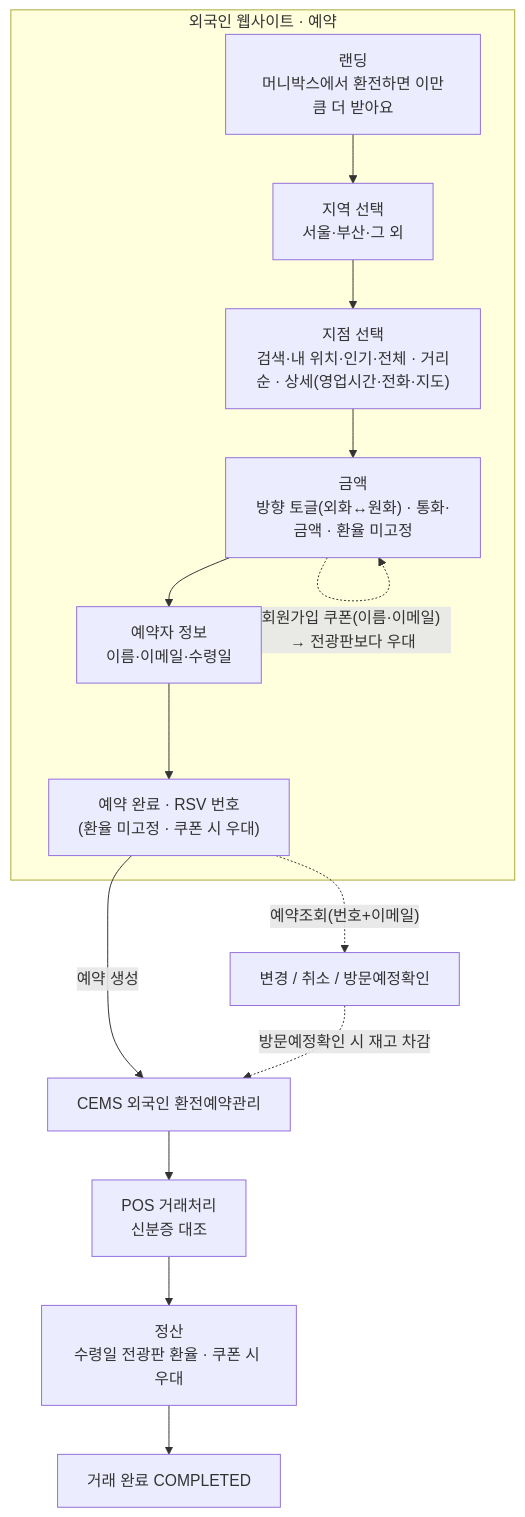
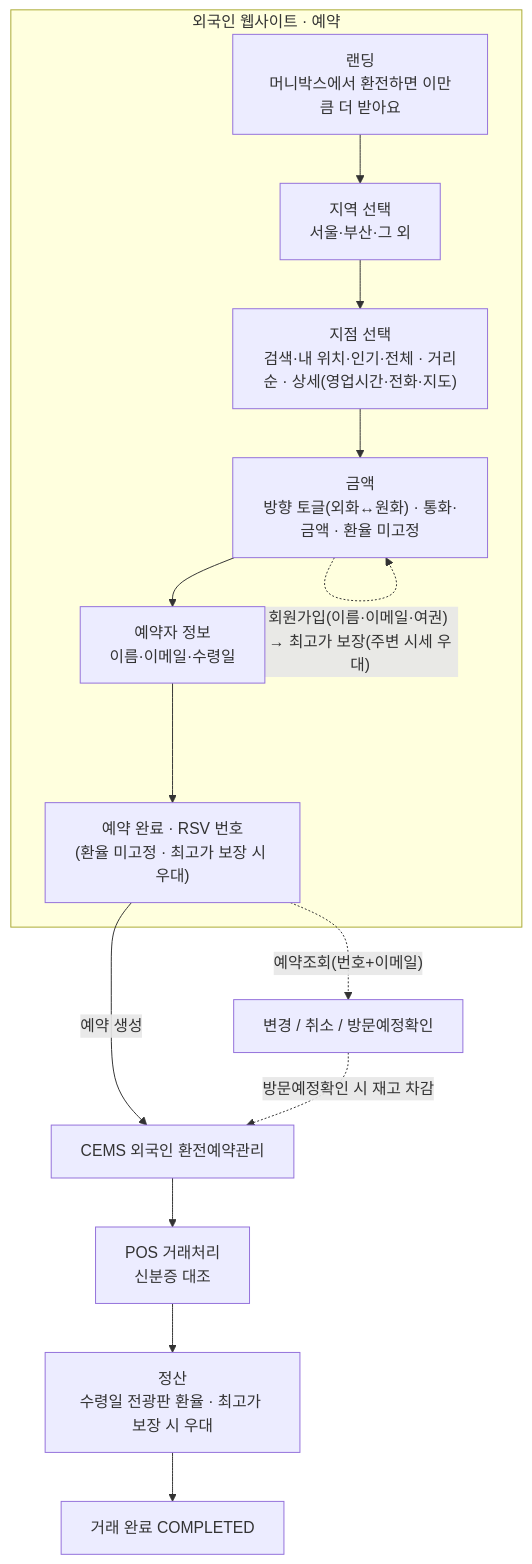
One commit to ahyeonine/moneybox_fw01 changed the diagram in docs-plan/03_플로우.mermaid. Above: the diagram before and after it, drawn with Mermaid. The commit also changed 7 other files, not shown here.

```diff
--- a/docs-plan/03_플로우.mermaid
+++ b/docs-plan/03_플로우.mermaid
@@ -1,18 +1,18 @@
 flowchart TD
   subgraph SITE["외국인 웹사이트 · 예약"]
     A0["랜딩<br/>머니박스에서 환전하면 이만큼 더 받아요"] --> A1["지역 선택<br/>서울·부산·그 외"]
     A1 --> A2["지점 선택<br/>검색·내 위치·인기·전체 · 거리순 · 상세(영업시간·전화·지도)"]
     A2 --> A3["금액<br/>방향 토글(외화↔원화) · 통화·금액 · 환율 미고정"]
     A3 --> A4["예약자 정보<br/>이름·이메일·수령일"]
-    A4 --> A5["예약 완료 · RSV 번호<br/>(환율 미고정 · 쿠폰 시 우대)"]
+    A4 --> A5["예약 완료 · RSV 번호<br/>(환율 미고정 · 최고가 보장 시 우대)"]
   end
 
-  A3 -. "회원가입 쿠폰(이름·이메일) → 전광판보다 우대" .-> A3
+  A3 -. "회원가입(이름·이메일·여권) → 최고가 보장(주변 시세 우대)" .-> A3
 
   A5 -->|"예약 생성"| C["CEMS 외국인 환전예약관리"]
   C --> D["POS 거래처리<br/>신분증 대조"]
-  D --> E["정산<br/>수령일 전광판 환율 · 쿠폰 시 우대"]
+  D --> E["정산<br/>수령일 전광판 환율 · 최고가 보장 시 우대"]
   E --> F["거래 완료 COMPLETED"]
 
   A5 -. "예약조회(번호+이메일)" .-> L["변경 / 취소 / 방문예정확인"]
   L -. "방문예정확인 시 재고 차감" .-> C
```
